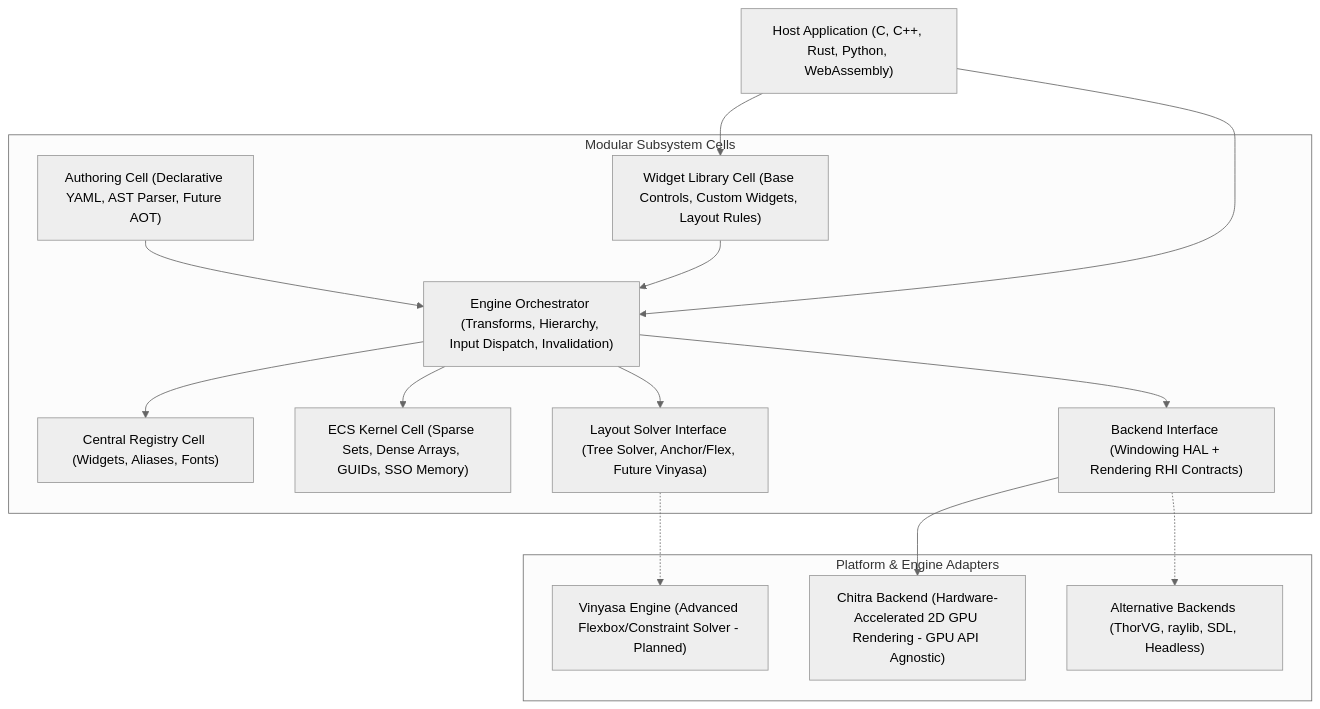
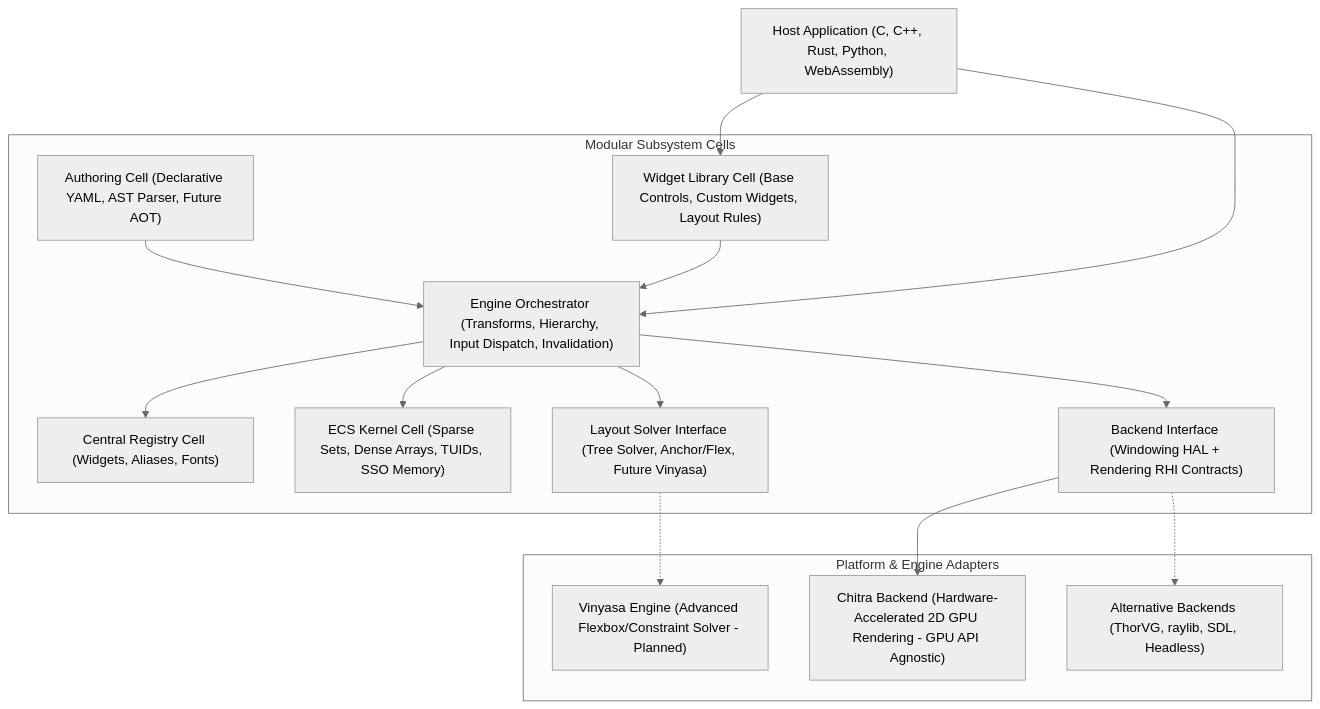
The diagram in docs/index.md (Yuvi-GD/Tether), drawn with Mermaid (neutral theme) before and after one commit. The commit also changed other lines of this file and 84 other files, not shown here.

````diff
--- a/docs/index.md
+++ b/docs/index.md
@@ -31,34 +31,34 @@
 ```mermaid
 flowchart TD
     Host["Host Application (C, C++, Rust, Python, WebAssembly)"]
     
     subgraph Cells["Modular Subsystem Cells"]
         Authoring["Authoring Cell (Declarative YAML, AST Parser, Future AOT)"]
         UI["Widget Library Cell (Base Controls, Custom Widgets, Layout Rules)"]
         Registry["Central Registry Cell (Widgets, Aliases, Fonts)"]
         Engine["Engine Orchestrator (Transforms, Hierarchy, Input Dispatch, Invalidation)"]
-        Kernel["ECS Kernel Cell (Sparse Sets, Dense Arrays, GUIDs, SSO Memory)"]
+        Kernel["ECS Kernel Cell (Sparse Sets, Dense Arrays, TUIDs, SSO Memory)"]
         Layout["Layout Solver Interface (Tree Solver, Anchor/Flex, Future Vinyasa)"]
         Backend["Backend Interface (Windowing HAL + Rendering RHI Contracts)"]
     end
 
     subgraph Adapters["Platform & Engine Adapters"]
         Chitra["Chitra Backend (Hardware-Accelerated 2D GPU Rendering - GPU API Agnostic)"]
         Vinyasa["Vinyasa Engine (Advanced Flexbox/Constraint Solver - Planned)"]
         OtherBackends["Alternative Backends (ThorVG, raylib, SDL, Headless)"]
     end
 
     Host --> UI
     Host --> Engine
     UI --> Engine
     Authoring --> Engine
     
     Engine --> Registry
     Engine --> Kernel
     Engine --> Layout
     Engine --> Backend
     
     Layout -.-> Vinyasa
     Backend --> Chitra
     Backend -.-> OtherBackends
 ```
````
